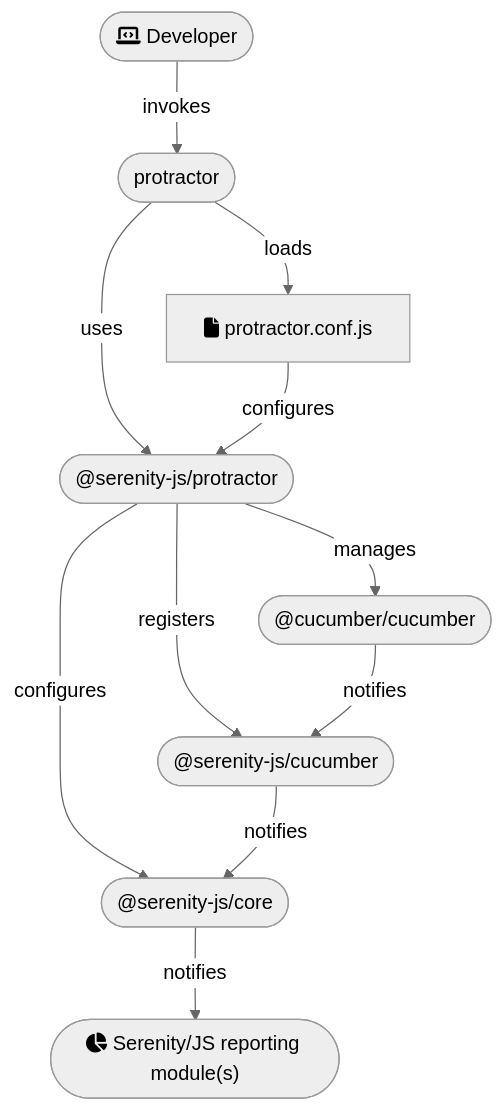
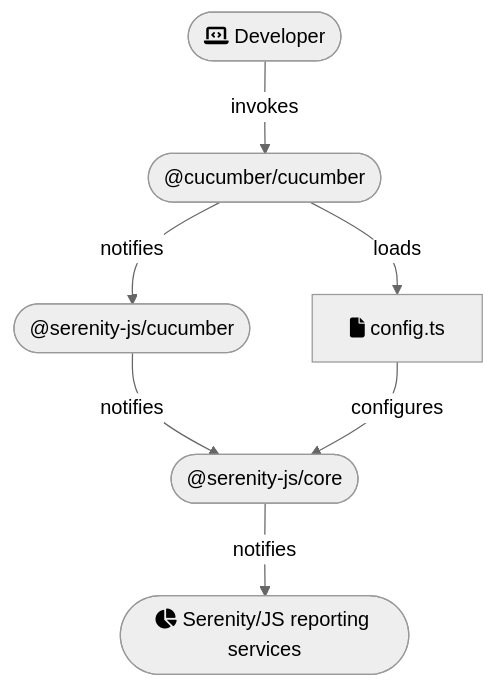
One commit to serenity-js/serenity-js changed the diagram in documentation/website/src/handbook/integration/serenityjs-and-cucumber.md. Above: the diagram before and after it, drawn with Mermaid (neutral theme). The commit also changed other lines of this file and 7 other files, not shown here.

```diff
--- a/documentation/website/src/handbook/integration/serenityjs-and-cucumber.md
+++ b/documentation/website/src/handbook/integration/serenityjs-and-cucumber.md
@@ -133,27 +21,22 @@
 <div class="mermaid">
 graph TB
     DEV(["fas:fa-laptop-code Developer"])
-    P(["protractor"])
-    PCF["fas:fa-file protractor.conf.js"]
-    SPA(["@serenity-js/protractor"])
+    TR(["@cucumber/cucumber"])
     SC(["@serenity-js/core"])
-    TR(["@cucumber/cucumber"])
     TRA(["@serenity-js/cucumber"])
-    R(["fas:fa-chart-pie Serenity/JS reporting module(s)"])
+    CF["fas:fa-file config.ts"]
+    R(["fas:fa-chart-pie Serenity/JS reporting services"])
 
-    DEV -- invokes --> P
-    P -- uses --> SPA
-    P -- loads --> PCF
-    PCF -- configures --> SPA
-    SPA -- configures -->SC
-    SPA -- manages --> TR
-    SPA -- registers --> TRA
+    DEV -- invokes --> TR
+    TR -- loads --> CF
     TR -- notifies --> TRA
     TRA -- notifies --> SC
+    CF -- configures --> SC
     SC -- notifies --> R
 
     class R socket
-
-    click SP "/modules/protractor"
+    
+    click R "/handbook/reporting/index.html"
     click SC "/modules/core"
+    click TRA "/modules/cucumber"
 </div>
```
